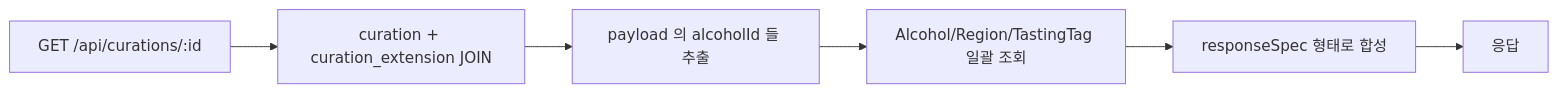
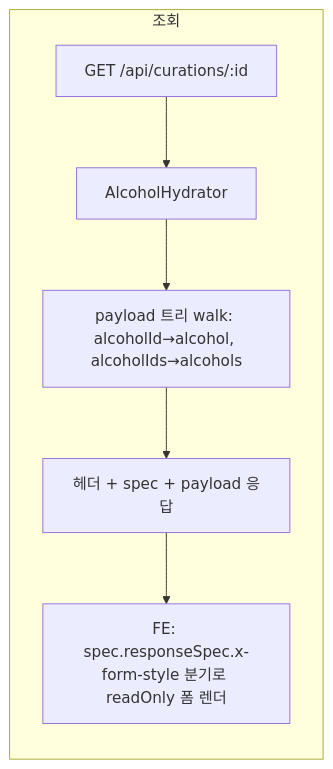
The third of 3 diagrams in README.md (Whale0928/curation-demo), drawn with Mermaid before and after one commit. The commit also changed other lines of this file and 6 other files, not shown here.

First line of the commit message:
feat: 응답 구조 정리(spec/payload) + payload hydrate 치환 + seed-curation.sql + README

````diff
--- a/README.md
+++ b/README.md
@@ -147,8 +203,9 @@
 ```mermaid
 flowchart LR
-    A[GET /api/curations/:id] --> B[curation + curation_extension JOIN]
-    B --> C[payload 의 alcoholId 들 추출]
-    C --> D[Alcohol/Region/TastingTag 일괄 조회]
-    D --> E[responseSpec 형태로 합성]
-    E --> F[응답]
+    subgraph 조회
+      P[GET /api/curations/:id] --> Q[AlcoholHydrator]
+      Q --> R[payload 트리 walk: alcoholId→alcohol, alcoholIds→alcohols]
+      R --> S[헤더 + spec + payload 응답]
+      S --> T[FE: spec.responseSpec.x-form-style 분기로 readOnly 폼 렌더]
+    end
 ```
````
